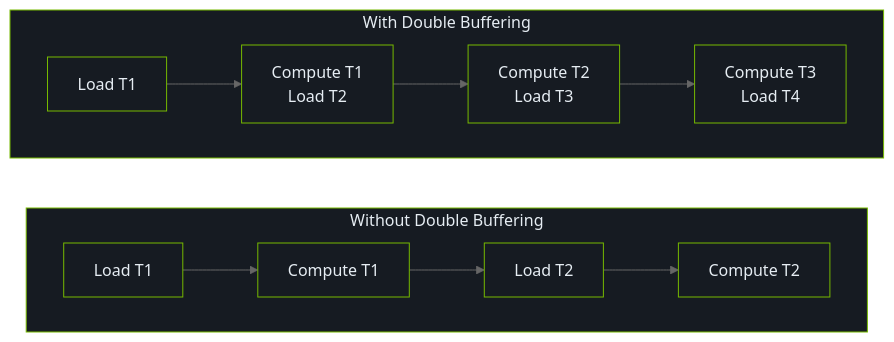
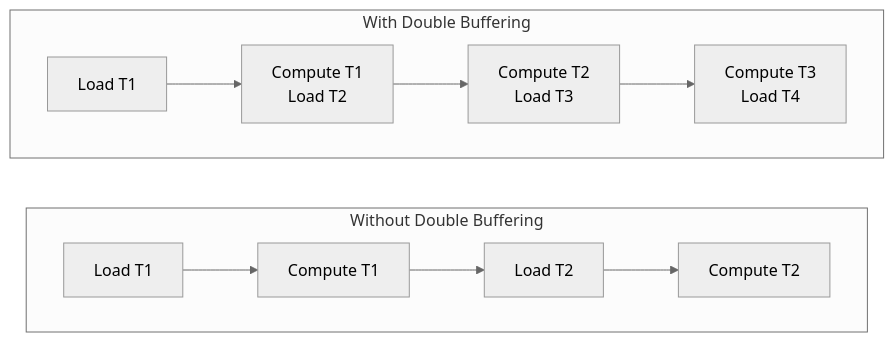
One commit to LessUp/cuda-kernel-academy changed the diagram in docs/zh/modules/01/sgemm-double-buffer.md. Above: the diagram before and after it, drawn with Mermaid (neutral theme). The commit also changed 45 other files, not shown here.

````diff
--- a/docs/zh/modules/01/sgemm-double-buffer.md
+++ b/docs/zh/modules/01/sgemm-double-buffer.md
@@ -55,23 +55,13 @@
 ```mermaid
 flowchart LR
     subgraph Without["Without Double Buffering"]
         direction LR
         W1["Load T1"] --> W2["Compute T1"] --> W3["Load T2"] --> W4["Compute T2"]
     end
 
     subgraph With["With Double Buffering"]
         direction LR
         Y1["Load T1"] --> Y2["Compute T1<br/>Load T2"] --> Y3["Compute T2<br/>Load T3"] --> Y4["Compute T3<br/>Load T4"]
     end
 
-    style Without fill:#161b22,stroke:#76B900,color:#e6edf3
-    style With fill:#161b22,stroke:#76B900,color:#e6edf3
-    style W1 fill:#161b22,stroke:#76B900,color:#e6edf3
-    style W2 fill:#161b22,stroke:#76B900,color:#e6edf3
-    style W3 fill:#161b22,stroke:#76B900,color:#e6edf3
-    style W4 fill:#161b22,stroke:#76B900,color:#e6edf3
-    style Y1 fill:#161b22,stroke:#76B900,color:#e6edf3
-    style Y2 fill:#161b22,stroke:#76B900,color:#e6edf3
-    style Y3 fill:#161b22,stroke:#76B900,color:#e6edf3
-    style Y4 fill:#161b22,stroke:#76B900,color:#e6edf3
 ```
````
